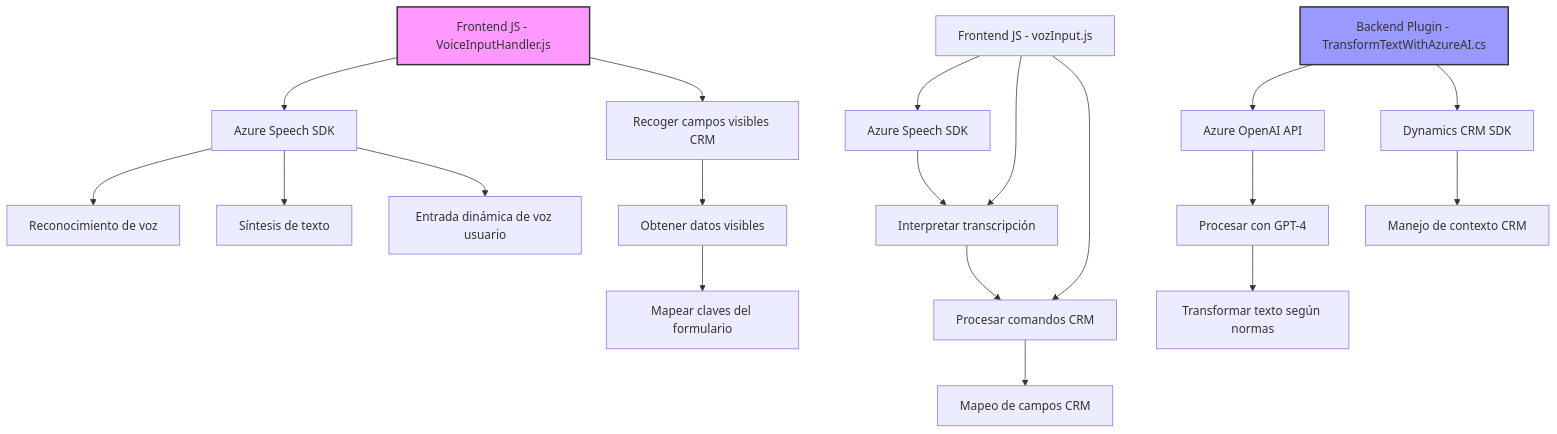
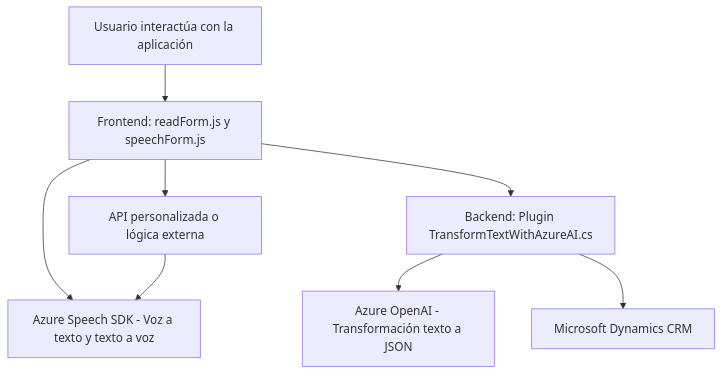
Before and after one commit to blopezdm/NETCORE_BILBAO2025: the diagram in README.md, drawn with Mermaid. The commit also changed other lines of this file, not shown here.

Commit message:
Actualizar análisis global de la solución con IA

````diff
--- a/README.md
+++ b/README.md
@@ -52,27 +43,18 @@
 ```mermaid
 graph TD
-  A["Frontend JS - VoiceInputHandler.js"] --> B["Azure Speech SDK"]
-  A --> C["Recoger campos visibles CRM"]
-  B --> D["Reconocimiento de voz"]
-  B --> E["Síntesis de texto"]
-  C --> F["Obtener datos visibles"]
-  F --> G["Mapear claves del formulario"]
+    A["Usuario interactúa con la aplicación"]
+    B["Frontend: readForm.js y speechForm.js"]
+    C["Azure Speech SDK - Voz a texto y texto a voz"]
+    D["API personalizada o lógica externa"]
+    E["Backend: Plugin TransformTextWithAzureAI.cs"]
+    F["Azure OpenAI - Transformación texto a JSON"]
+    G["Microsoft Dynamics CRM"]
 
-  H["Frontend JS - vozInput.js"] --> I["Azure Speech SDK"]
-  H --> J["Interpretar transcripción"]
-  H --> K["Procesar comandos CRM"]
-  I --> J
-  J --> K
-  K --> L["Mapeo de campos CRM"]
-  
-  M["Backend Plugin - TransformTextWithAzureAI.cs"] --> N["Azure OpenAI API"]
-  M --> O["Dynamics CRM SDK"]
-  N --> P["Procesar con GPT-4"]
-  O --> Q["Manejo de contexto CRM"]
-
-  B --> R["Entrada dinámica de voz usuario"]
-  P --> S["Transformar texto según normas"]
-
-  style A fill:#f9f,stroke:#333,stroke-width:2px
-  style M fill:#99f,stroke:#333,stroke-width:2px
+    A --> B
+    B --> C
+    B --> D
+    D --> C
+    B --> E
+    E --> F
+    E --> G
 ```
````
